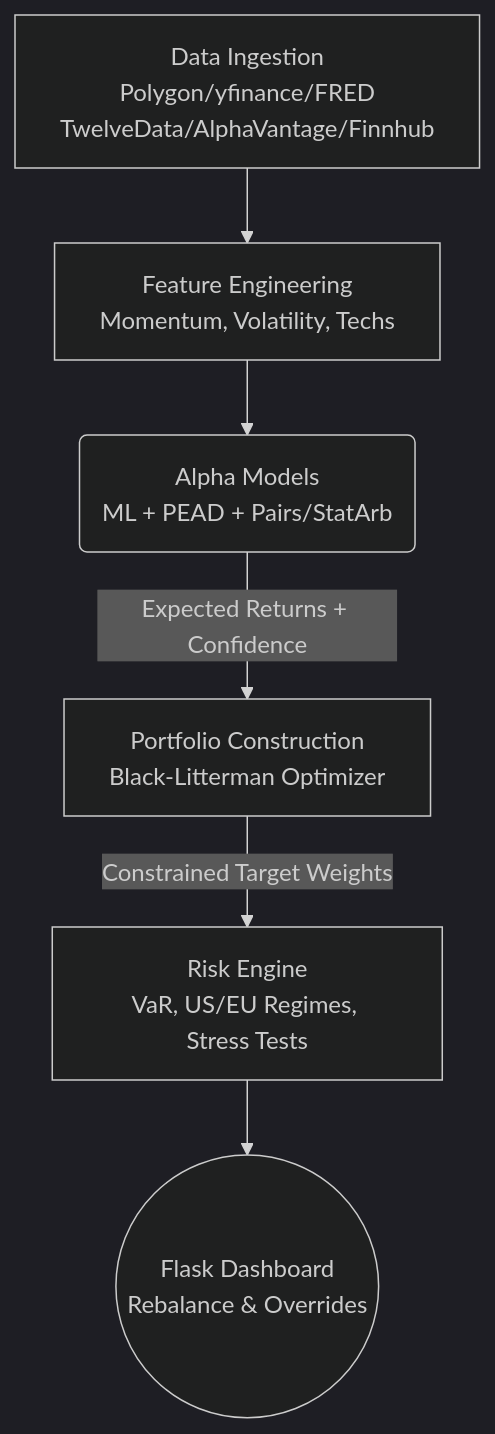
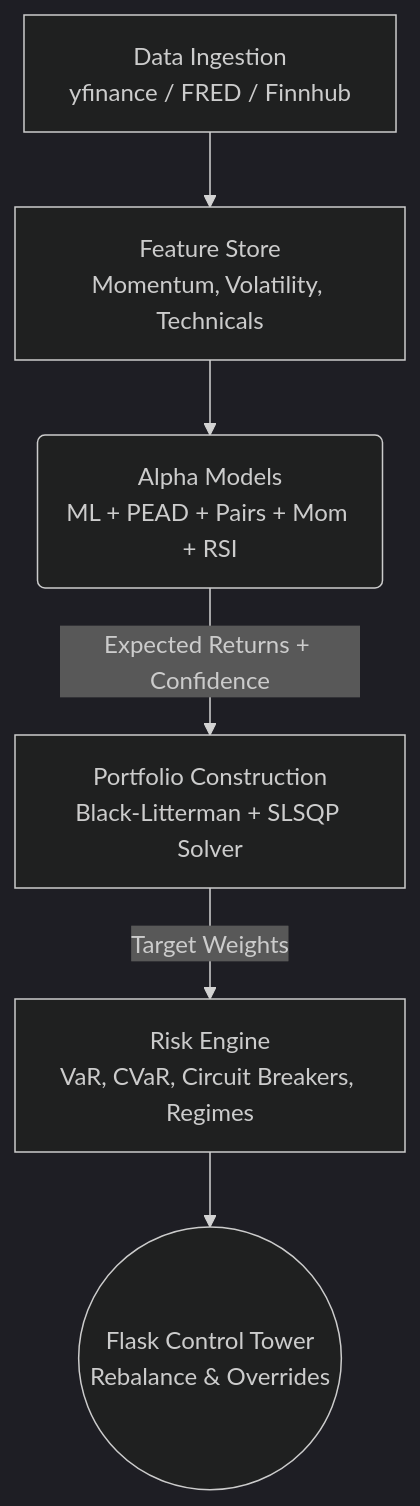
Before and after one commit to lifeIsShore/crypto-hedge-fund: the diagram in README.md, drawn with Mermaid (dark theme). The commit also changed other lines of this file and 37 other files, not shown here.

````diff
--- a/README.md
+++ b/README.md
@@ -17,8 +17,8 @@
 ```mermaid
 graph TD
-    A[Data Ingestion<br>Polygon/yfinance/FRED<br>TwelveData/AlphaVantage/Finnhub] --> B[Feature Engineering<br>Momentum, Volatility, Techs]
-    B --> C(Alpha Models<br>ML + PEAD + Pairs/StatArb)
-    C -->|Expected Returns + Confidence| D[Portfolio Construction<br>Black-Litterman Optimizer]
-    D -->|Constrained Target Weights| E[Risk Engine<br>VaR, US/EU Regimes, Stress Tests]
-    E --> F((Flask Dashboard<br>Rebalance & Overrides))
+    A[Data Ingestion<br>yfinance / FRED / Finnhub] --> B[Feature Store<br>Momentum, Volatility, Technicals]
+    B --> C(Alpha Models<br>ML + PEAD + Pairs + Mom + RSI)
+    C -->|Expected Returns + Confidence| D[Portfolio Construction<br>Black-Litterman + SLSQP Solver]
+    D -->|Target Weights| E[Risk Engine<br>VaR, CVaR, Circuit Breakers, Regimes]
+    E --> F((Flask Control Tower<br>Rebalance & Overrides))
 ```
````
